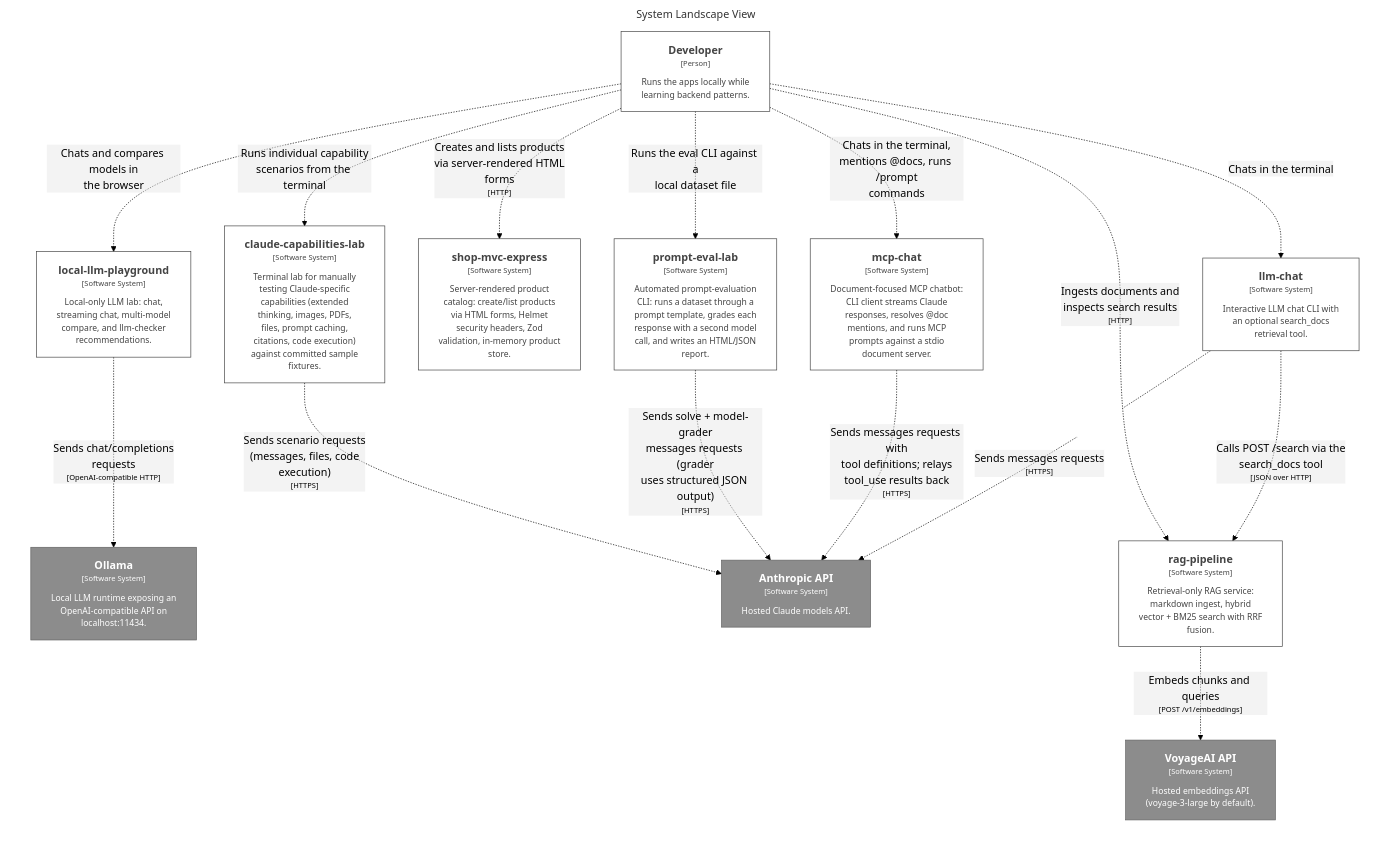
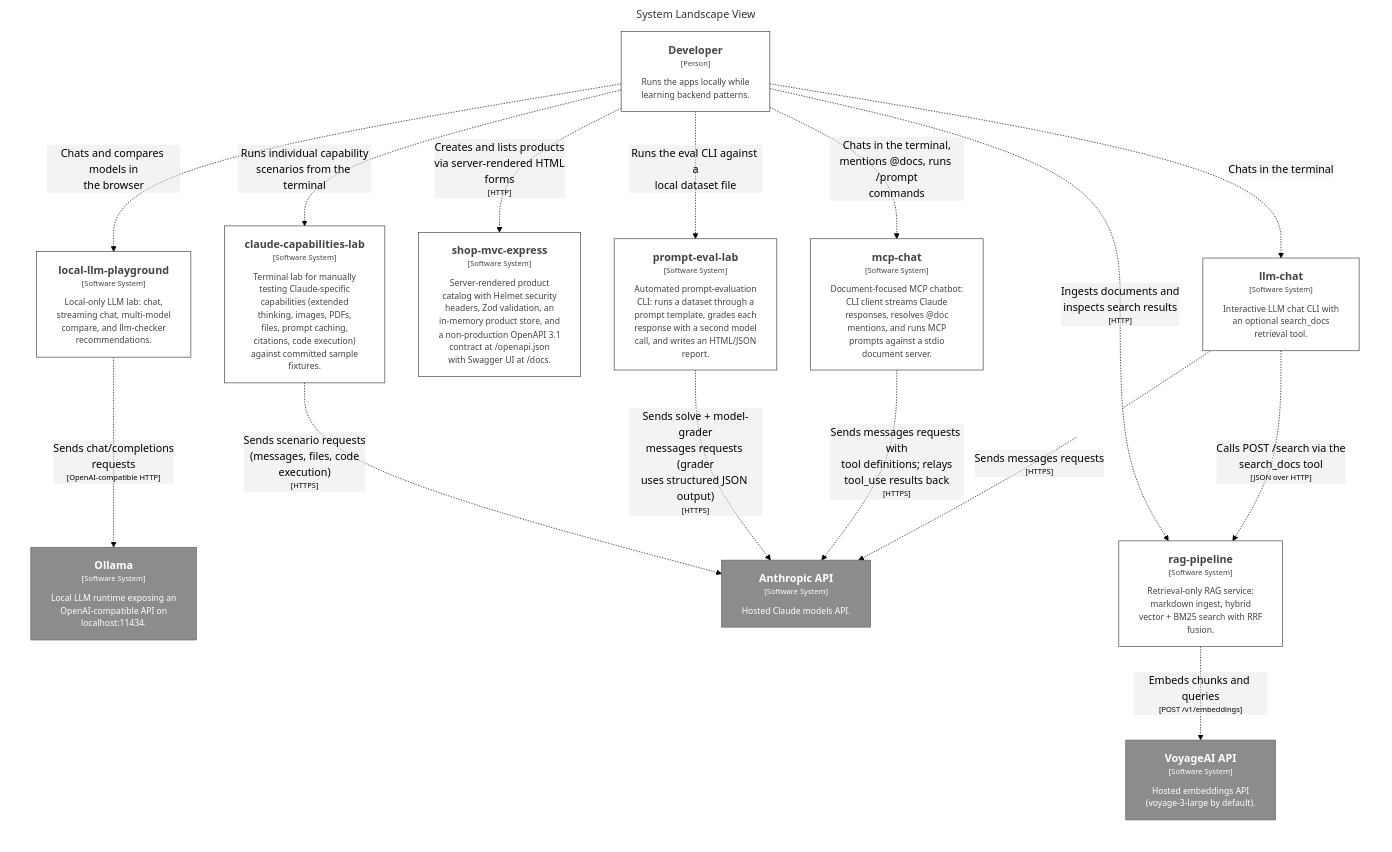
Before and after one commit to itemka/nodejs-backend-mastery: the diagram in docs/architecture/generated/structurizr-Landscape.mmd, drawn with Mermaid (forest theme). The commit also changed 26 other files, not shown here.

First line of the commit message:
Add shop OpenAPI contracts and strengthen agent workflows (#44)

```diff
--- a/docs/architecture/generated/structurizr-Landscape.mmd
+++ b/docs/architecture/generated/structurizr-Landscape.mmd
@@ -1,45 +1,45 @@
 graph LR
   linkStyle default fill:#ffffff
 
   subgraph diagram ["System Landscape View"]
     style diagram fill:#ffffff,stroke:#ffffff
 
     1["<div style='font-weight: bold'>Developer</div><div style='font-size: 70%; margin-top: 0px'>[Person]</div><div style='font-size: 80%; margin-top:10px'>Runs the apps locally while<br />learning backend patterns.</div>"]
     style 1 fill:#ffffff,stroke:#444444,color:#444444
     10["<div style='font-weight: bold'>llm-chat</div><div style='font-size: 70%; margin-top: 0px'>[Software System]</div><div style='font-size: 80%; margin-top:10px'>Interactive LLM chat CLI with<br />an optional search_docs<br />retrieval tool.</div>"]
     style 10 fill:#ffffff,stroke:#444444,color:#444444
-    12["<div style='font-weight: bold'>shop-mvc-express</div><div style='font-size: 70%; margin-top: 0px'>[Software System]</div><div style='font-size: 80%; margin-top:10px'>Server-rendered product<br />catalog: create/list products<br />via HTML forms, Helmet<br />security headers, Zod<br />validation, in-memory product<br />store.</div>"]
+    12["<div style='font-weight: bold'>shop-mvc-express</div><div style='font-size: 70%; margin-top: 0px'>[Software System]</div><div style='font-size: 80%; margin-top:10px'>Server-rendered product<br />catalog with Helmet security<br />headers, Zod validation, an<br />in-memory product store, and<br />a non-production OpenAPI 3.1<br />contract at /openapi.json<br />with Swagger UI at /docs.</div>"]
     style 12 fill:#ffffff,stroke:#444444,color:#444444
     14["<div style='font-weight: bold'>mcp-chat</div><div style='font-size: 70%; margin-top: 0px'>[Software System]</div><div style='font-size: 80%; margin-top:10px'>Document-focused MCP chatbot:<br />CLI client streams Claude<br />responses, resolves @doc<br />mentions, and runs MCP<br />prompts against a stdio<br />document server.</div>"]
     style 14 fill:#ffffff,stroke:#444444,color:#444444
     17["<div style='font-weight: bold'>prompt-eval-lab</div><div style='font-size: 70%; margin-top: 0px'>[Software System]</div><div style='font-size: 80%; margin-top:10px'>Automated prompt-evaluation<br />CLI: runs a dataset through a<br />prompt template, grades each<br />response with a second model<br />call, and writes an HTML/JSON<br />report.</div>"]
     style 17 fill:#ffffff,stroke:#444444,color:#444444
     19["<div style='font-weight: bold'>claude-capabilities-lab</div><div style='font-size: 70%; margin-top: 0px'>[Software System]</div><div style='font-size: 80%; margin-top:10px'>Terminal lab for manually<br />testing Claude-specific<br />capabilities (extended<br />thinking, images, PDFs,<br />files, prompt caching,<br />citations, code execution)<br />against committed sample<br />fixtures.</div>"]
     style 19 fill:#ffffff,stroke:#444444,color:#444444
     2["<div style='font-weight: bold'>Ollama</div><div style='font-size: 70%; margin-top: 0px'>[Software System]</div><div style='font-size: 80%; margin-top:10px'>Local LLM runtime exposing an<br />OpenAI-compatible API on<br />localhost:11434.</div>"]
     style 2 fill:#8c8c8c,stroke:#626262,color:#ffffff
     3["<div style='font-weight: bold'>VoyageAI API</div><div style='font-size: 70%; margin-top: 0px'>[Software System]</div><div style='font-size: 80%; margin-top:10px'>Hosted embeddings API<br />(voyage-3-large by default).</div>"]
     style 3 fill:#8c8c8c,stroke:#626262,color:#ffffff
     4["<div style='font-weight: bold'>Anthropic API</div><div style='font-size: 70%; margin-top: 0px'>[Software System]</div><div style='font-size: 80%; margin-top:10px'>Hosted Claude models API.</div>"]
     style 4 fill:#8c8c8c,stroke:#626262,color:#ffffff
     5["<div style='font-weight: bold'>local-llm-playground</div><div style='font-size: 70%; margin-top: 0px'>[Software System]</div><div style='font-size: 80%; margin-top:10px'>Local-only LLM lab: chat,<br />streaming chat, multi-model<br />compare, and llm-checker<br />recommendations.</div>"]
     style 5 fill:#ffffff,stroke:#444444,color:#444444
     8["<div style='font-weight: bold'>rag-pipeline</div><div style='font-size: 70%; margin-top: 0px'>[Software System]</div><div style='font-size: 80%; margin-top:10px'>Retrieval-only RAG service:<br />markdown ingest, hybrid<br />vector + BM25 search with RRF<br />fusion.</div>"]
     style 8 fill:#ffffff,stroke:#444444,color:#444444
 
     1-. "<div>Chats and compares models in<br />the browser</div><div style='font-size: 70%'></div>" .->5
     5-. "<div>Sends chat/completions<br />requests</div><div style='font-size: 70%'>[OpenAI-compatible HTTP]</div>" .->2
     1-. "<div>Chats in the terminal</div><div style='font-size: 70%'></div>" .->10
     10-. "<div>Sends messages requests</div><div style='font-size: 70%'>[HTTPS]</div>" .->4
     10-. "<div>Calls POST /search via the<br />search_docs tool</div><div style='font-size: 70%'>[JSON over HTTP]</div>" .->8
     1-. "<div>Ingests documents and<br />inspects search results</div><div style='font-size: 70%'>[HTTP]</div>" .->8
     8-. "<div>Embeds chunks and queries</div><div style='font-size: 70%'>[POST /v1/embeddings]</div>" .->3
     1-. "<div>Creates and lists products<br />via server-rendered HTML<br />forms</div><div style='font-size: 70%'>[HTTP]</div>" .->12
     1-. "<div>Chats in the terminal,<br />mentions @docs, runs /prompt<br />commands</div><div style='font-size: 70%'></div>" .->14
     14-. "<div>Sends messages requests with<br />tool definitions; relays<br />tool_use results back</div><div style='font-size: 70%'>[HTTPS]</div>" .->4
     1-. "<div>Runs the eval CLI against a<br />local dataset file</div><div style='font-size: 70%'></div>" .->17
     17-. "<div>Sends solve + model-grader<br />messages requests (grader<br />uses structured JSON output)</div><div style='font-size: 70%'>[HTTPS]</div>" .->4
     1-. "<div>Runs individual capability<br />scenarios from the terminal</div><div style='font-size: 70%'></div>" .->19
     19-. "<div>Sends scenario requests<br />(messages, files, code<br />execution)</div><div style='font-size: 70%'>[HTTPS]</div>" .->4
 
   end
```
